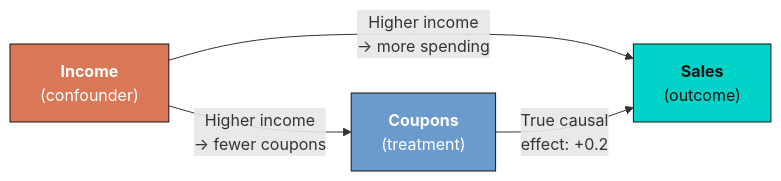
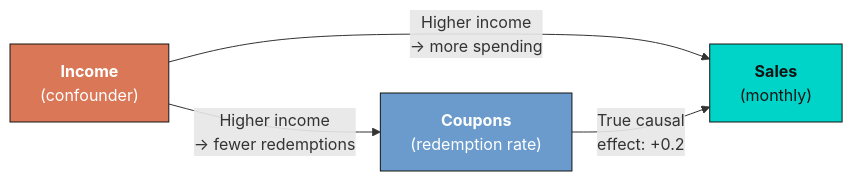
One commit to cmg777/starter-academic-v501 changed the second of 2 diagrams in content/post/python_fwl/index.md. Above: the diagram before and after it, drawn with Mermaid. The commit also changed other lines of this file and 44 other files, not shown here.

````diff
--- a/content/post/python_fwl/index.md
+++ b/content/post/python_fwl/index.md
@@ -535,10 +537,10 @@
 ```mermaid
 graph LR
-    I["<b>Income</b><br/>(confounder)"] -->|"Higher income<br/>→ fewer coupons"| C["<b>Coupons</b><br/>(treatment)"]
-    I -->|"Higher income<br/>→ more spending"| S["<b>Sales</b><br/>(outcome)"]
+    I["<b>Income</b><br/>(confounder)"] -->|"Higher income<br/>→ fewer redemptions"| C["<b>Coupons</b><br/>(redemption rate)"]
+    I -->|"Higher income<br/>→ more spending"| S["<b>Sales</b><br/>(monthly)"]
     C -->|"True causal<br/>effect: +0.2"| S
 
     style I fill:#d97757,stroke:#141413,color:#fff
     style C fill:#6a9bcc,stroke:#141413,color:#fff
     style S fill:#00d4c8,stroke:#141413,color:#141413
 ```
````
